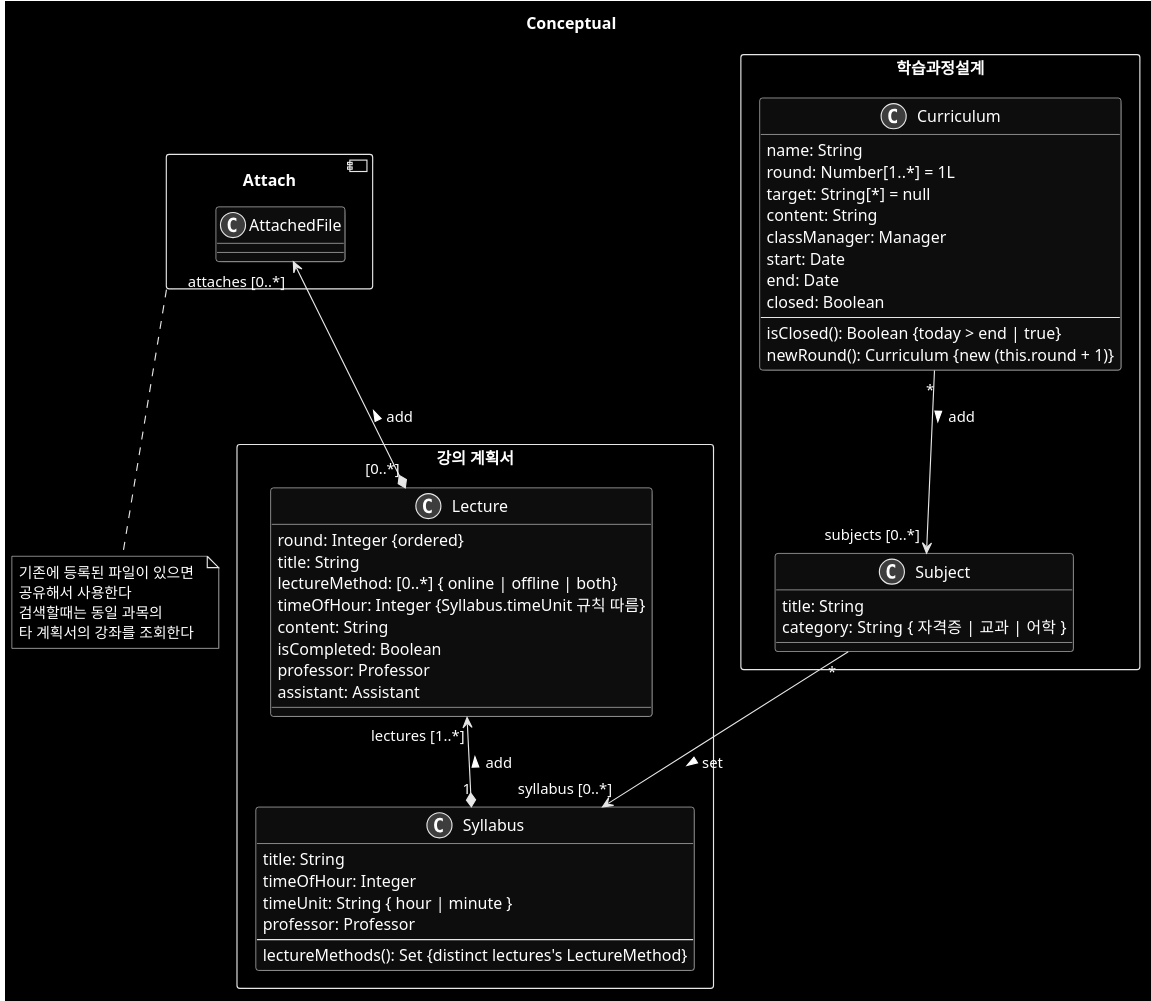
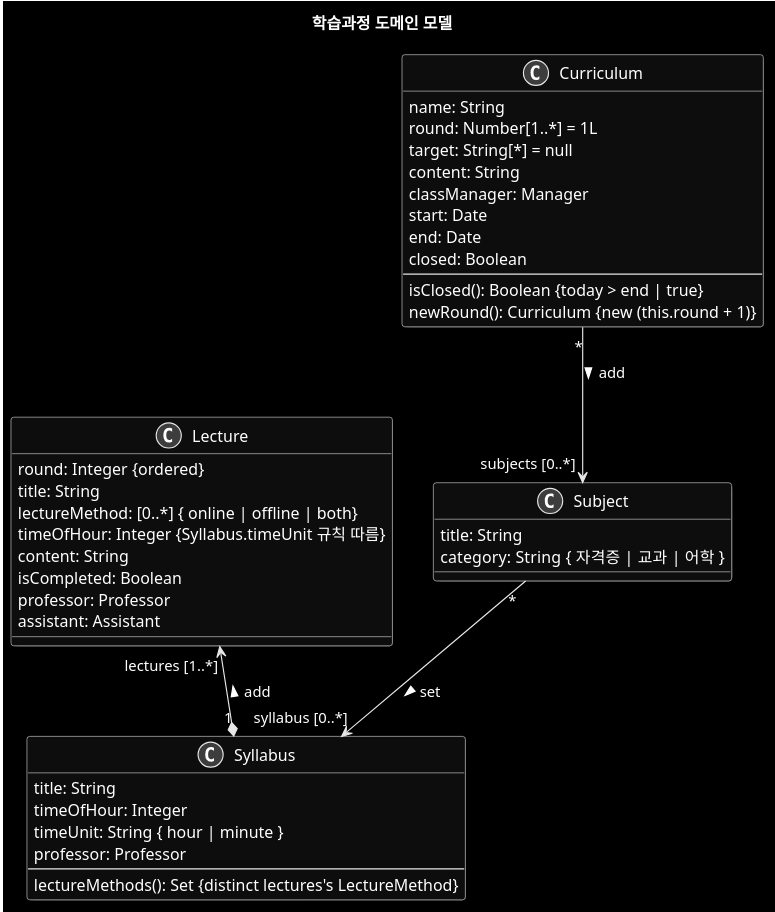
Before and after one commit to ohhoonim/lms-design: the first of 2 diagrams in 020-모델-도메인/103-학습과정-model.md, drawn with PlantUML. The commit also changed other lines of this file and 1 other file, not shown here.

Commit message:
수강 유스케이스 Fixes #11 학습과정 모델 수정

````diff
--- a/020-모델-도메인/103-학습과정-model.md
+++ b/020-모델-도메인/103-학습과정-model.md
@@ -5,74 +6,57 @@
 ```plantuml
 @startuml
 skinparam monochrome reverse
 skinparam shadowing true
 
-title Conceptual
-rectangle "강의 계획서" {
+title 학습과정 도메인 모델  
 
-	class Syllabus {
-		title: String
-		timeOfHour: Integer
-		timeUnit: String { hour | minute }
-		professor: Professor 
-		---
-		lectureMethods(): Set {distinct lectures's LectureMethod}
-	}
 
-	class Lecture {
-		round: Integer {ordered}
-		title: String
-		lectureMethod: [0..*] { online | offline | both}
-		timeOfHour: Integer {Syllabus.timeUnit 규칙 따름}
-		content: String
-		isCompleted: Boolean	
-		professor: Professor
-		assistant: Assistant
-	}
-
-	Lecture "lectures [1..*]" <--* "1" Syllabus : add <
+class Syllabus {
+	title: String
+	timeOfHour: Integer
+	timeUnit: String { hour | minute }
+	professor: Professor 
+	---
+	lectureMethods(): Set {distinct lectures's LectureMethod}
 }
 
-rectangle "학습과정설계" {
-	class Curriculum {
-		name: String
-		round: Number[1..*] = 1L
-		target: String[*] = null
-		content: String
-		classManager: Manager
-		start: Date
-		end: Date
-		closed: Boolean
-		---
-		isClosed(): Boolean {today > end | true} 
-		newRound(): Curriculum {new (this.round + 1)}
-	}
+class Lecture {
+	round: Integer {ordered}
+	title: String
+	lectureMethod: [0..*] { online | offline | both}
+	timeOfHour: Integer {Syllabus.timeUnit 규칙 따름}
+	content: String
+	isCompleted: Boolean	
+	professor: Professor
+	assistant: Assistant
+}
 
-	class Subject {
-		title: String
-		category: String { 자격증 | 교과 | 어학  }
-	}
+Lecture "lectures [1..*]" <--* "1" Syllabus : add <
+
+class Curriculum {
+	name: String
+	round: Number[1..*] = 1L
+	target: String[*] = null
+	content: String
+	classManager: Manager
+	start: Date
+	end: Date
+	closed: Boolean
+	---
+	isClosed(): Boolean {today > end | true} 
+	newRound(): Curriculum {new (this.round + 1)}
+}
+
+class Subject {
+	title: String
+	category: String { 자격증 | 교과 | 어학  }
+}
 
 
-	Curriculum "*" --> "subjects [0..*]"  Subject : add >
-}
+Curriculum "*" --> "subjects [0..*]"  Subject : add >
 
 Subject "*" --> "syllabus [0..*]" Syllabus : set >
 
 
-component Attach {
-	class AttachedFile {}
-}
-note bottom of Attach 
-기존에 등록된 파일이 있으면 
-공유해서 사용한다
-검색할때는 동일 과목의 
-타 계획서의 강좌를 조회한다  
-end note
-
-Lecture "[0..*]" *-up-> "attaches [0..*]" AttachedFile : add >
-
-
-
 @enduml
 ```
````
